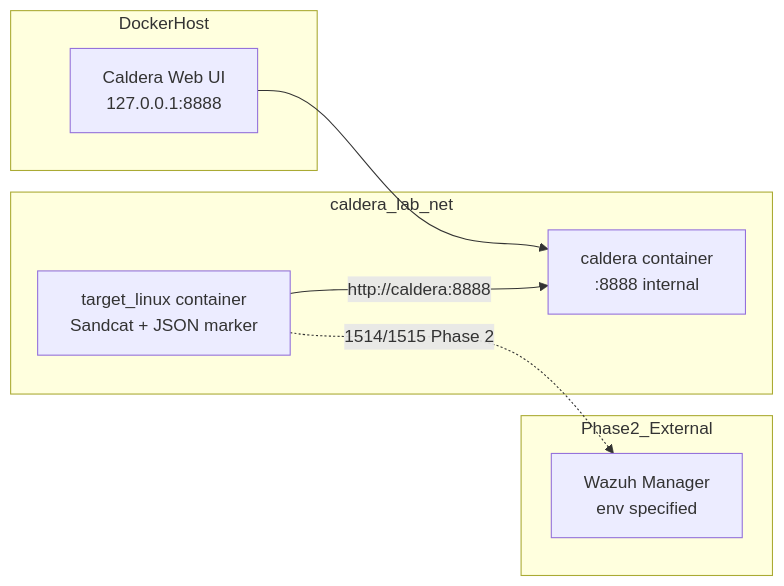
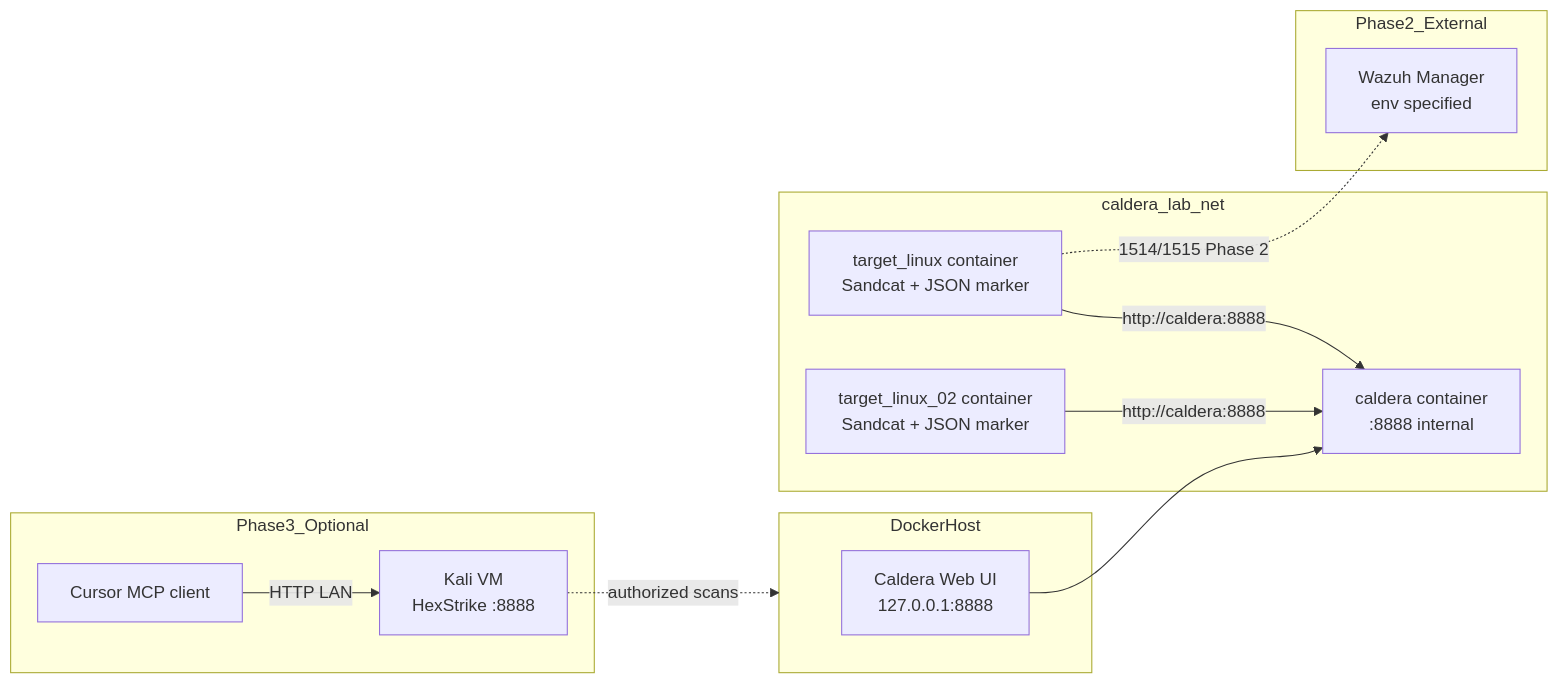
Before and after one commit to ericmao/sensel-caldera-linux-lab: the diagram in README.md, drawn with Mermaid. The commit also changed other lines of this file and 70 other files, not shown here.

First line of the commit message:
Add Training Lab 2.0 with chains A/B/C and Phase 3 HexStrike support.

````diff
--- a/README.md
+++ b/README.md
@@ -7,16 +9,24 @@
 ```mermaid
 flowchart LR
   subgraph host [DockerHost]
     UI["Caldera Web UI\n127.0.0.1:8888"]
   end
   subgraph net [caldera_lab_net]
     C["caldera container\n:8888 internal"]
     T["target_linux container\nSandcat + JSON marker"]
+    T2["target_linux_02 container\nSandcat + JSON marker"]
   end
   subgraph remote [Phase2_External]
     WM["Wazuh Manager\nenv specified"]
   end
+  subgraph phase3 [Phase3_Optional]
+    K["Kali VM\nHexStrike :8888"]
+    MCP["Cursor MCP client"]
+  end
   UI --> C
   T -->|"http://caldera:8888"| C
+  T2 -->|"http://caldera:8888"| C
   T -.->|"1514/1515 Phase 2"| WM
+  MCP -->|"HTTP LAN"| K
+  K -.->|"authorized scans"| host
 ```
````
